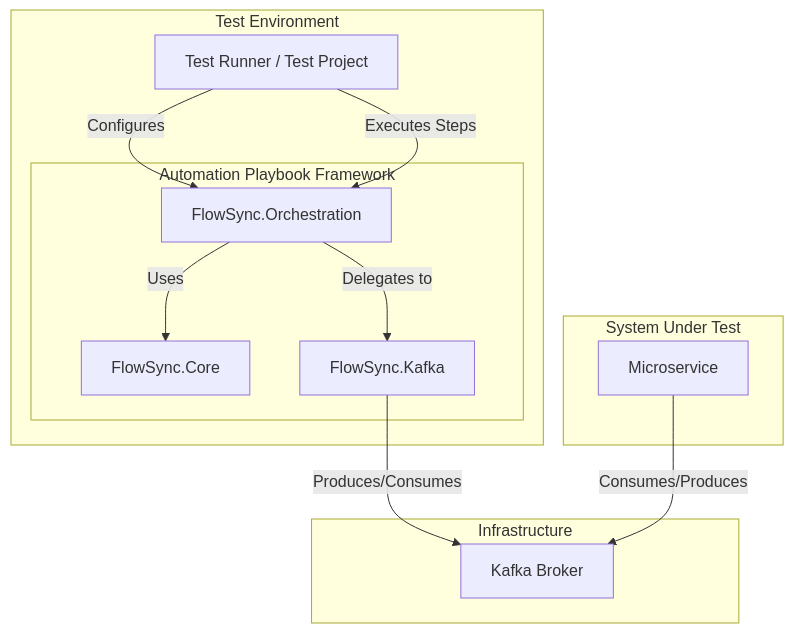
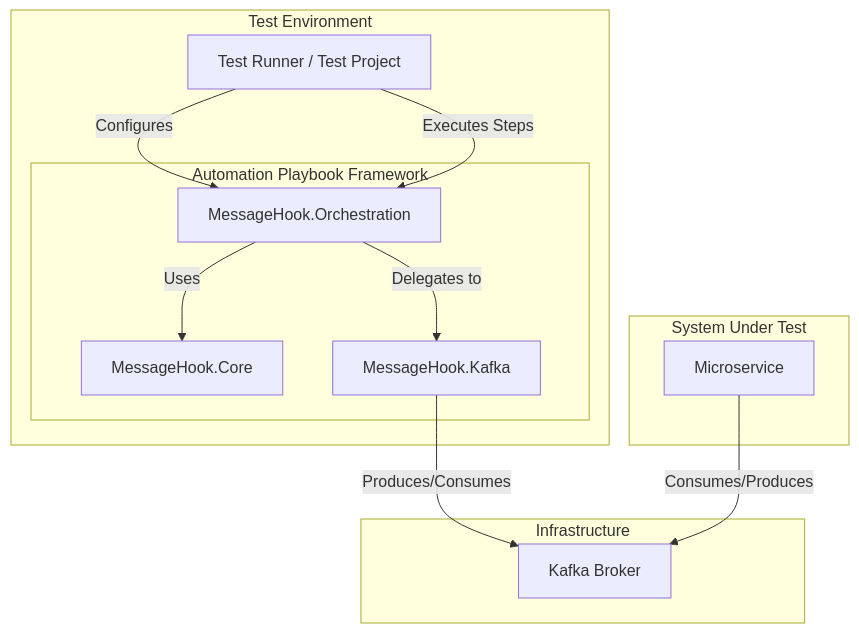
The first of 3 diagrams in docs/High-Level-Design.md (Asher-P/flowsync-testkit), drawn with Mermaid before and after one commit. The commit also changed other lines of this file and 144 other files, not shown here.

First line of the commit message:
Rename FlowSync -> MessageHook throughout

````diff
--- a/docs/High-Level-Design.md
+++ b/docs/High-Level-Design.md
@@ -11,26 +11,26 @@
 ```mermaid
 graph TD
     subgraph "Test Environment"
         TR[Test Runner / Test Project]
         subgraph "Automation Playbook Framework"
-            Orch[FlowSync.Orchestration]
-            Core[FlowSync.Core]
-            KafkaLib[FlowSync.Kafka]
+            Orch[MessageHook.Orchestration]
+            Core[MessageHook.Core]
+            KafkaLib[MessageHook.Kafka]
         end
     end
 
     subgraph "Infrastructure"
         KB[Kafka Broker]
     end
 
     subgraph "System Under Test"
         SUT[Microservice]
     end
 
     TR -->|Configures| Orch
     TR -->|Executes Steps| Orch
     Orch -->|Uses| Core
     Orch -->|Delegates to| KafkaLib
     KafkaLib -->|Produces/Consumes| KB
     SUT -->|Consumes/Produces| KB
 ```
````
